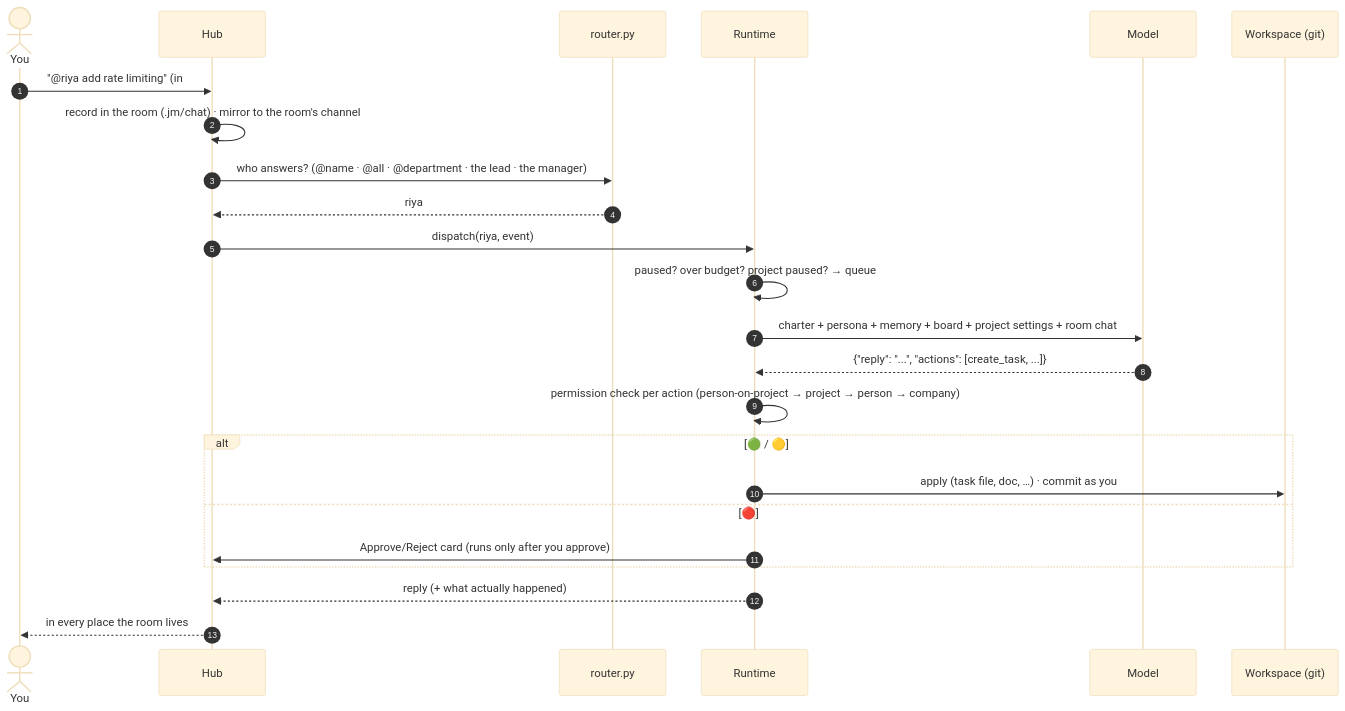
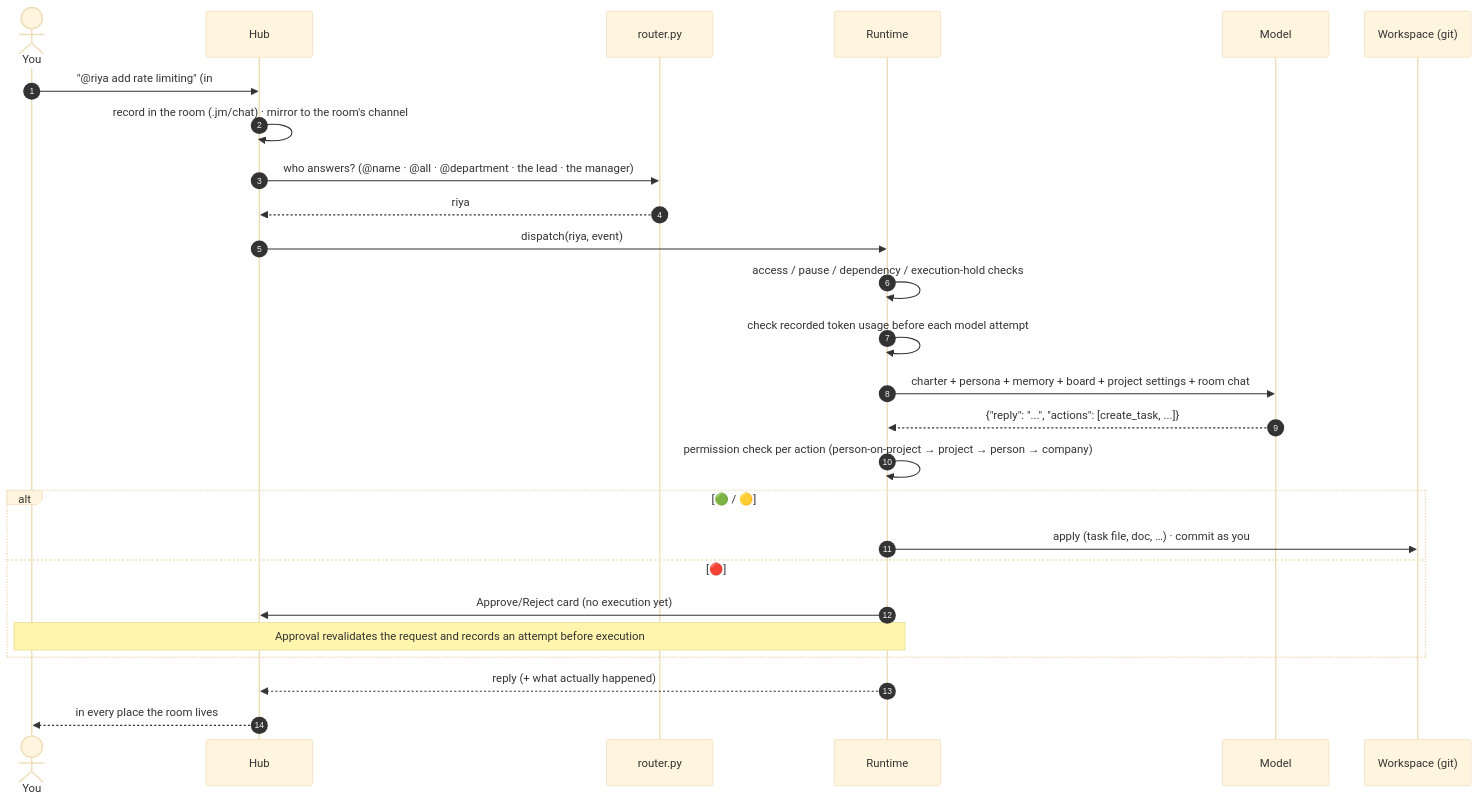
One commit to CuriousDevs-AI/james-monitoring changed the fourth of 5 diagrams in README.md. Above: the diagram before and after it, drawn with Mermaid (base theme). The commit also changed other lines of this file and 3 other files, not shown here.

Commit message:
Document workforce flows, verification status and execution limits

````diff
--- a/README.md
+++ b/README.md
@@ -296,27 +401,29 @@
 ```mermaid
 sequenceDiagram
     autonumber
     actor You
     participant Hub
     participant Router as router.py
     participant RT as Runtime
     participant LLM as Model
     participant WS as Workspace (git)
 
     You->>Hub: "@riya add rate limiting" (in #api)
     Hub->>Hub: record in the room (.jm/chat) · mirror to the room's channel
     Hub->>Router: who answers? (@name · @all · @department · the lead · the manager)
     Router-->>Hub: riya
     Hub->>RT: dispatch(riya, event)
-    RT->>RT: paused? over budget? project paused? → queue
+    RT->>RT: access / pause / dependency / execution-hold checks
+    RT->>RT: check recorded token usage before each model attempt
     RT->>LLM: charter + persona + memory + board + project settings + room chat
     LLM-->>RT: {"reply": "...", "actions": [create_task, ...]}
     RT->>RT: permission check per action (person-on-project → project → person → company)
     alt 🟢 / 🟡
         RT->>WS: apply (task file, doc, …) · commit as you
     else 🔴
-        RT->>Hub: Approve/Reject card (runs only after you approve)
+        RT->>Hub: Approve/Reject card (no execution yet)
+        Note over You,RT: Approval revalidates the request and records an attempt before execution
     end
     RT-->>Hub: reply (+ what actually happened)
     Hub-->>You: in every place the room lives
 ```
````
